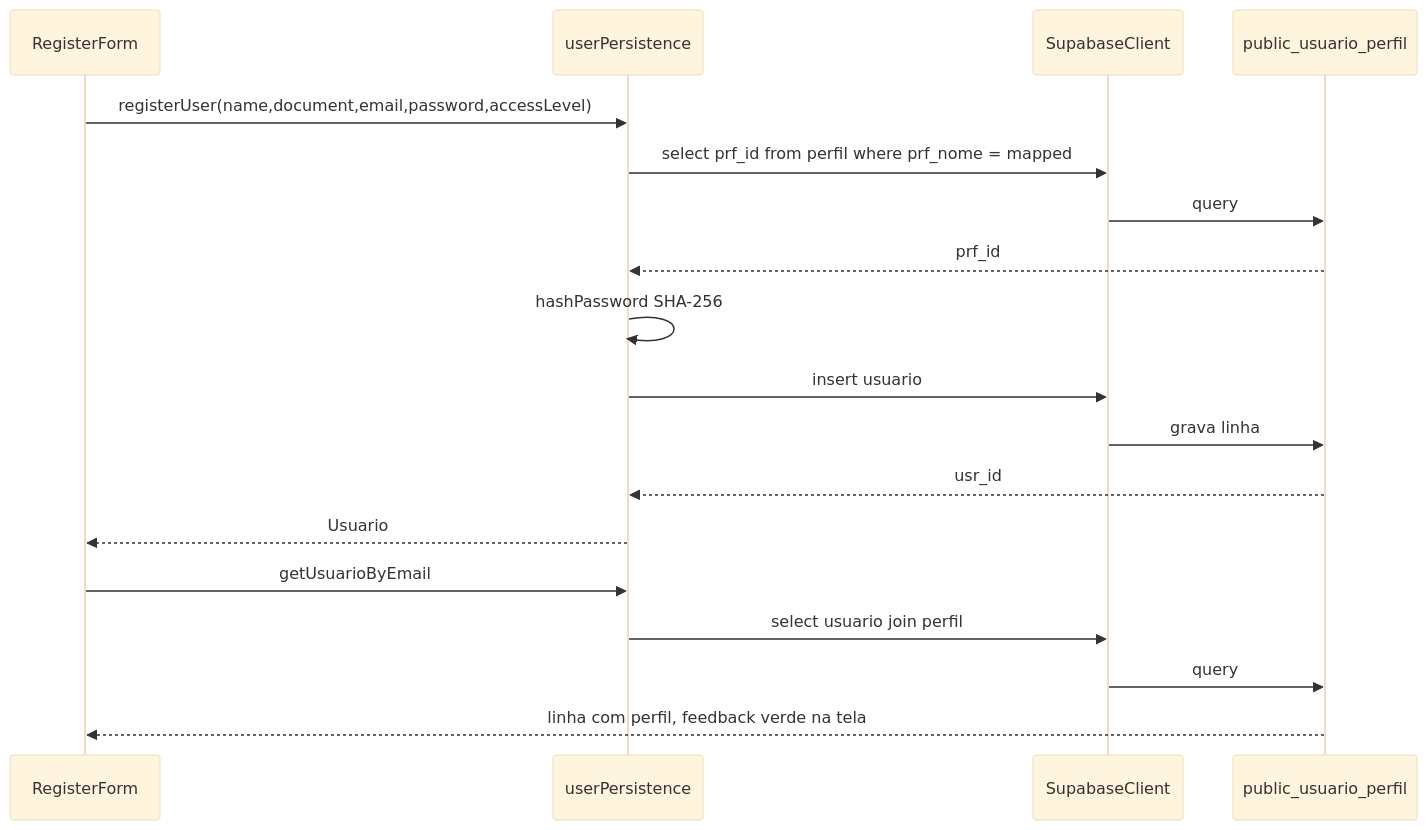
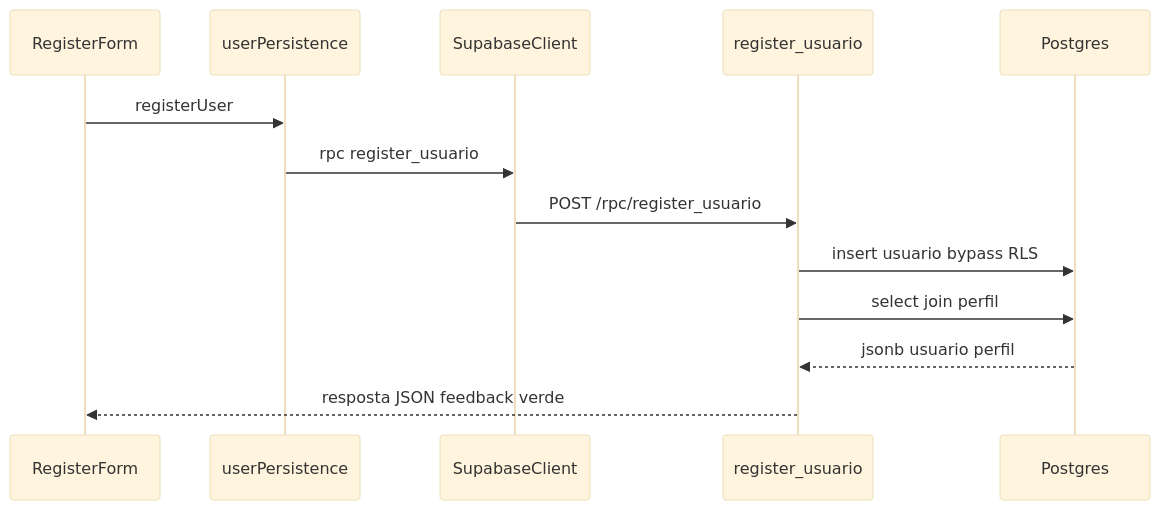
Before and after one commit to sprbbd2026/projeto_sprbbd: the diagram in ts1/docs/us116-persistencia-usuario.md, drawn with Mermaid (base theme). The commit also changed other lines of this file and 4 other files, not shown here.

First line of the commit message:
feat(ts1): restringir cadastro com RLS e RPC register_usuario no Supabase

````diff
--- a/ts1/docs/us116-persistencia-usuario.md
+++ b/ts1/docs/us116-persistencia-usuario.md
@@ -134,21 +126,16 @@
 ```mermaid
 sequenceDiagram
   participant UI as RegisterForm
   participant SVC as userPersistence
   participant SB as SupabaseClient
-  participant DB as public_usuario_perfil
+  participant RPC as register_usuario
+  participant DB as Postgres
 
-  UI->>SVC: registerUser(name,document,email,password,accessLevel)
-  SVC->>SB: select prf_id from perfil where prf_nome = mapped
-  SB->>DB: query
-  DB-->>SVC: prf_id
-  SVC->>SVC: hashPassword SHA-256
-  SVC->>SB: insert usuario
-  SB->>DB: grava linha
-  DB-->>SVC: usr_id
-  SVC-->>UI: Usuario
-  UI->>SVC: getUsuarioByEmail
-  SVC->>SB: select usuario join perfil
-  SB->>DB: query
-  DB-->>UI: linha com perfil, feedback verde na tela
+  UI->>SVC: registerUser
+  SVC->>SB: rpc register_usuario
+  SB->>RPC: POST /rpc/register_usuario
+  RPC->>DB: insert usuario bypass RLS
+  RPC->>DB: select join perfil
+  DB-->>RPC: jsonb usuario perfil
+  RPC-->>UI: resposta JSON feedback verde
 ```
````
